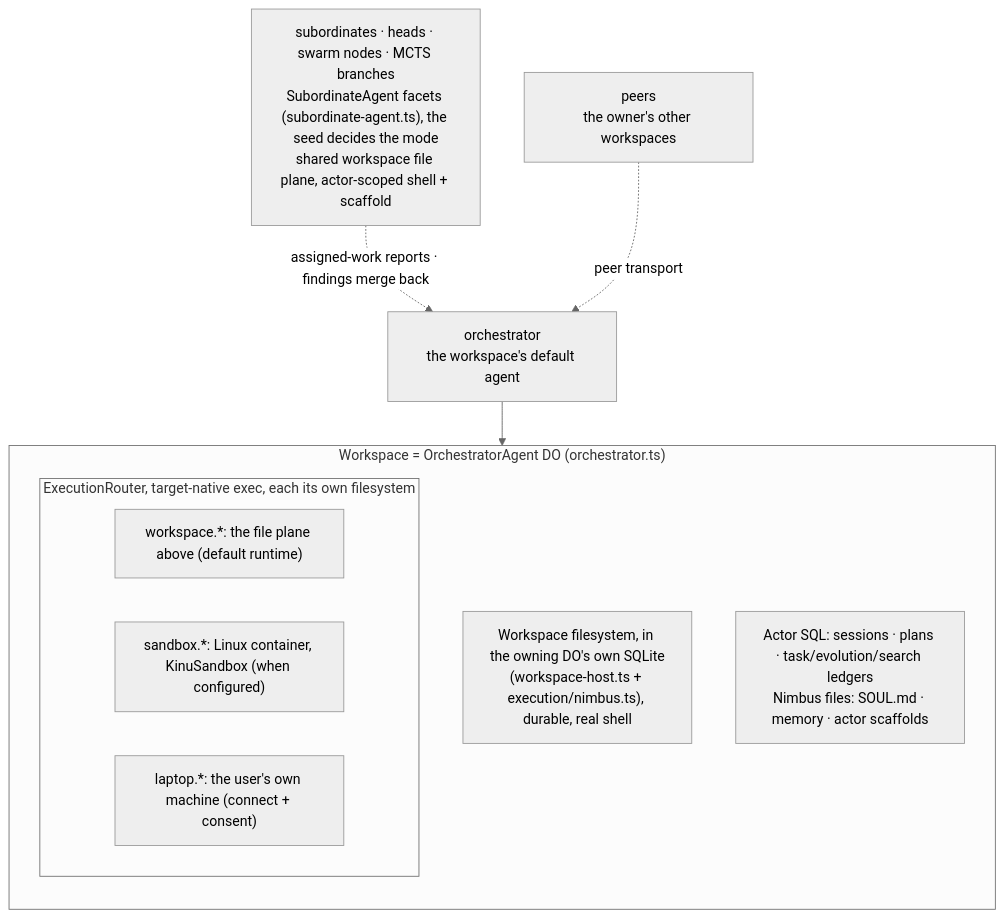
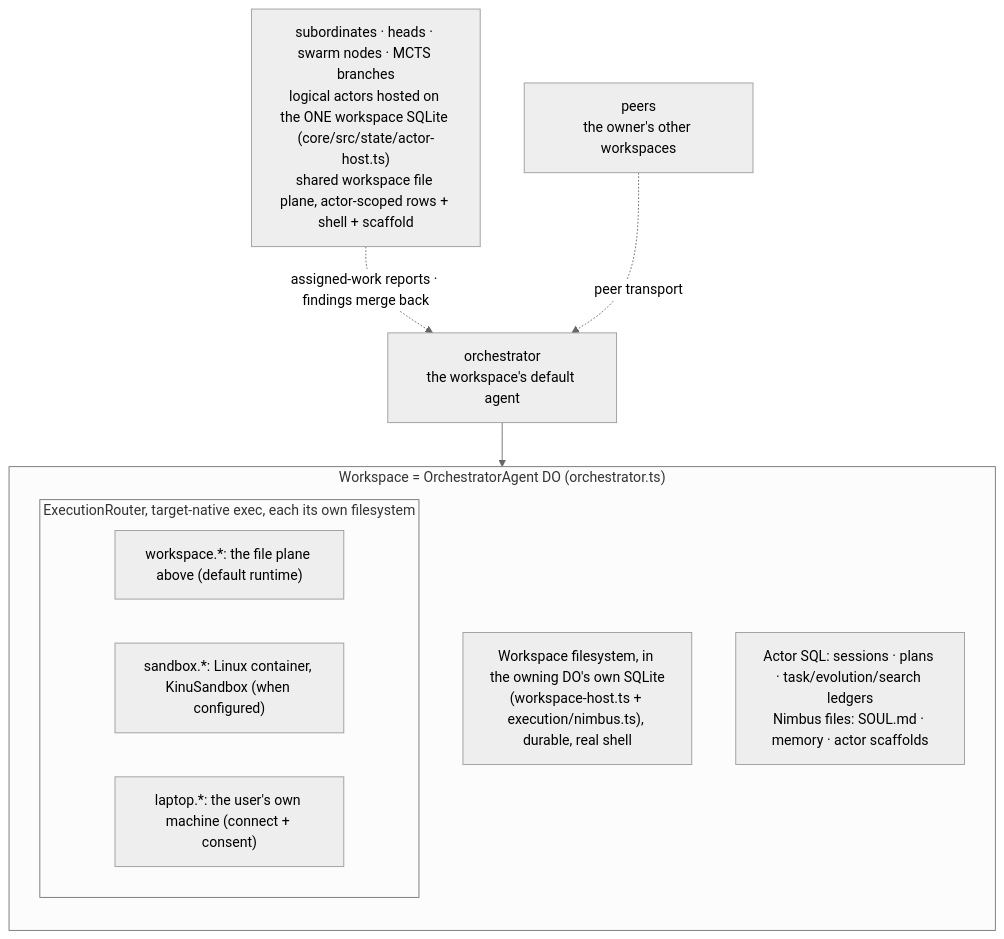
Before and after one commit to AshishKumar4/kinu: the first of 5 diagrams in docs/ARCHITECTURE.md, drawn with Mermaid (neutral theme). The commit also changed other lines of this file and 398 other files, not shown here.

````diff
--- a/docs/ARCHITECTURE.md
+++ b/docs/ARCHITECTURE.md
@@ -25,17 +25,17 @@
 ```mermaid
 graph TB
     subgraph WS["Workspace = OrchestratorAgent DO (orchestrator.ts)"]
         direction TB
         Files["Workspace filesystem, in the owning DO's own SQLite<br/>(workspace-host.ts + execution/nimbus.ts), durable, real shell"]
         subgraph Execs["ExecutionRouter, target-native exec, each its own filesystem"]
             W["workspace.*: the file plane above (default runtime)"]
             S["sandbox.*: Linux container, KinuSandbox (when configured)"]
             P["laptop.*: the user's own machine (connect + consent)"]
         end
         State["Actor SQL: sessions · plans · task/evolution/search ledgers<br/>Nimbus files: SOUL.md · memory · actor scaffolds"]
     end
 
     Orch["orchestrator<br/>the workspace's default agent"] --> WS
-    Subs["subordinates · heads · swarm nodes · MCTS branches<br/>SubordinateAgent facets (subordinate-agent.ts), the seed decides the mode<br/>shared workspace file plane, actor-scoped shell + scaffold"] -.->|assigned-work reports · findings merge back| Orch
+    Subs["subordinates · heads · swarm nodes · MCTS branches<br/>logical actors hosted on the ONE workspace SQLite (core/src/state/actor-host.ts)<br/>shared workspace file plane, actor-scoped rows + shell + scaffold"] -.->|assigned-work reports · findings merge back| Orch
     Peers["peers<br/>the owner's other workspaces"] -.->|peer transport| Orch
 ```
````
